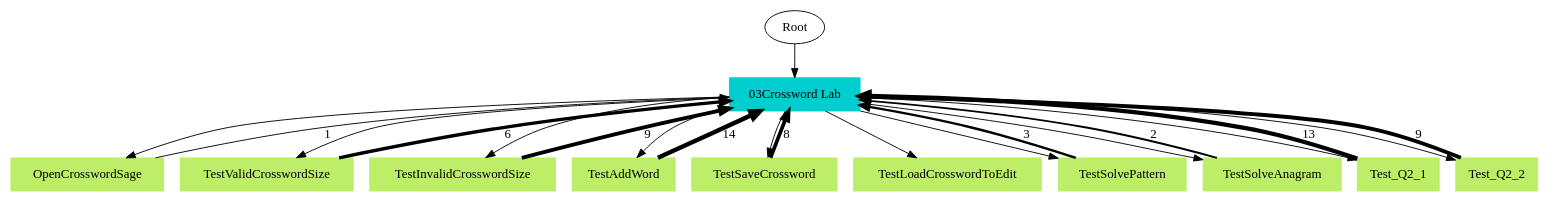
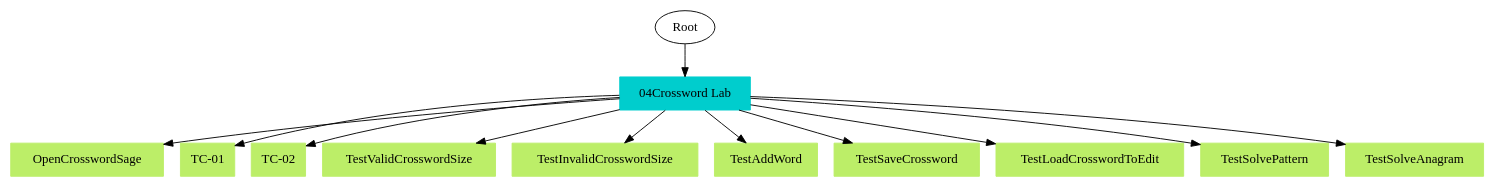
Before and after one commit to mypstom/robotide: the diagram in TS2TC.gv, drawn with Graphviz. The commit also changed 22 other files, not shown here.

Commit message:
1. TC UK C圖 修正(By 學姊的 component 數)   1. 插入隱形點讓圖變好看(使K的level為1 C的level為2)， Node 是隱形的

```diff
--- a/TS2TC.gv
+++ b/TS2TC.gv
@@ -1,35 +1,26 @@
 // TS <-> TC
 digraph {
 	Root
-	"03Crossword Lab" [color=cyan3 shape=box style=filled]
-		Root -> "03Crossword Lab"
+	"04Crossword Lab" [color=cyan3 shape=box style=filled]
+		Root -> "04Crossword Lab"
 	OpenCrosswordSage [color=darkolivegreen2 shape=box style=filled]
-		"03Crossword Lab" -> OpenCrosswordSage
+		"04Crossword Lab" -> OpenCrosswordSage
+	"TC-01" [color=darkolivegreen2 shape=box style=filled]
+		"04Crossword Lab" -> "TC-01"
+	"TC-02" [color=darkolivegreen2 shape=box style=filled]
+		"04Crossword Lab" -> "TC-02"
 	TestValidCrosswordSize [color=darkolivegreen2 shape=box style=filled]
-		"03Crossword Lab" -> TestValidCrosswordSize
+		"04Crossword Lab" -> TestValidCrosswordSize
 	TestInvalidCrosswordSize [color=darkolivegreen2 shape=box style=filled]
-		"03Crossword Lab" -> TestInvalidCrosswordSize
+		"04Crossword Lab" -> TestInvalidCrosswordSize
 	TestAddWord [color=darkolivegreen2 shape=box style=filled]
-		"03Crossword Lab" -> TestAddWord
+		"04Crossword Lab" -> TestAddWord
 	TestSaveCrossword [color=darkolivegreen2 shape=box style=filled]
-		"03Crossword Lab" -> TestSaveCrossword
+		"04Crossword Lab" -> TestSaveCrossword
 	TestLoadCrosswordToEdit [color=darkolivegreen2 shape=box style=filled]
-		"03Crossword Lab" -> TestLoadCrosswordToEdit
+		"04Crossword Lab" -> TestLoadCrosswordToEdit
 	TestSolvePattern [color=darkolivegreen2 shape=box style=filled]
-		"03Crossword Lab" -> TestSolvePattern
+		"04Crossword Lab" -> TestSolvePattern
 	TestSolveAnagram [color=darkolivegreen2 shape=box style=filled]
-		"03Crossword Lab" -> TestSolveAnagram
-	Test_Q2_1 [color=darkolivegreen2 shape=box style=filled]
-		"03Crossword Lab" -> Test_Q2_1
-	Test_Q2_2 [color=darkolivegreen2 shape=box style=filled]
-		"03Crossword Lab" -> Test_Q2_2
-		TestInvalidCrosswordSize -> "03Crossword Lab" [label=9 penwidth=4.16992500144]
-		TestValidCrosswordSize -> "03Crossword Lab" [label=6 penwidth=3.58496250072]
-		TestSaveCrossword -> "03Crossword Lab" [label=8 penwidth=4.0]
-		TestSolveAnagram -> "03Crossword Lab" [label=2 penwidth=2.0]
-		Test_Q2_2 -> "03Crossword Lab" [label=9 penwidth=4.16992500144]
-		TestAddWord -> "03Crossword Lab" [label=14 penwidth=4.80735492206]
-		Test_Q2_1 -> "03Crossword Lab" [label=13 penwidth=4.70043971814]
-		TestSolvePattern -> "03Crossword Lab" [label=3 penwidth=2.58496250072]
-		OpenCrosswordSage -> "03Crossword Lab" [label=1 penwidth=1.0]
+		"04Crossword Lab" -> TestSolveAnagram
 }
```
